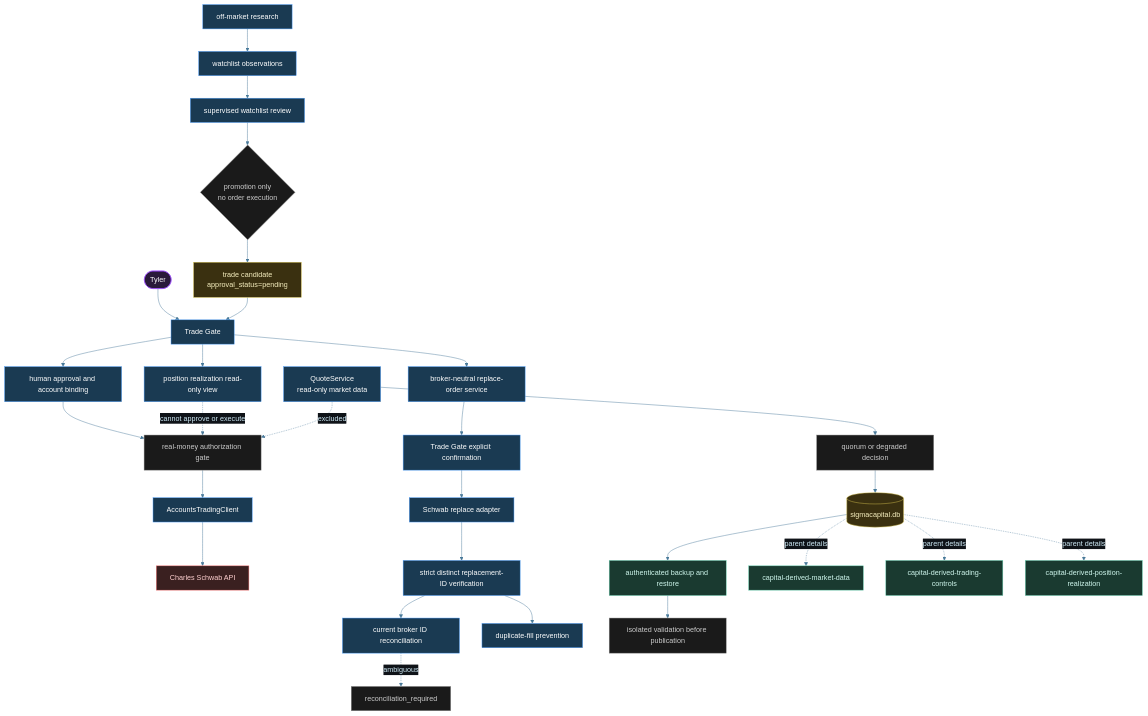
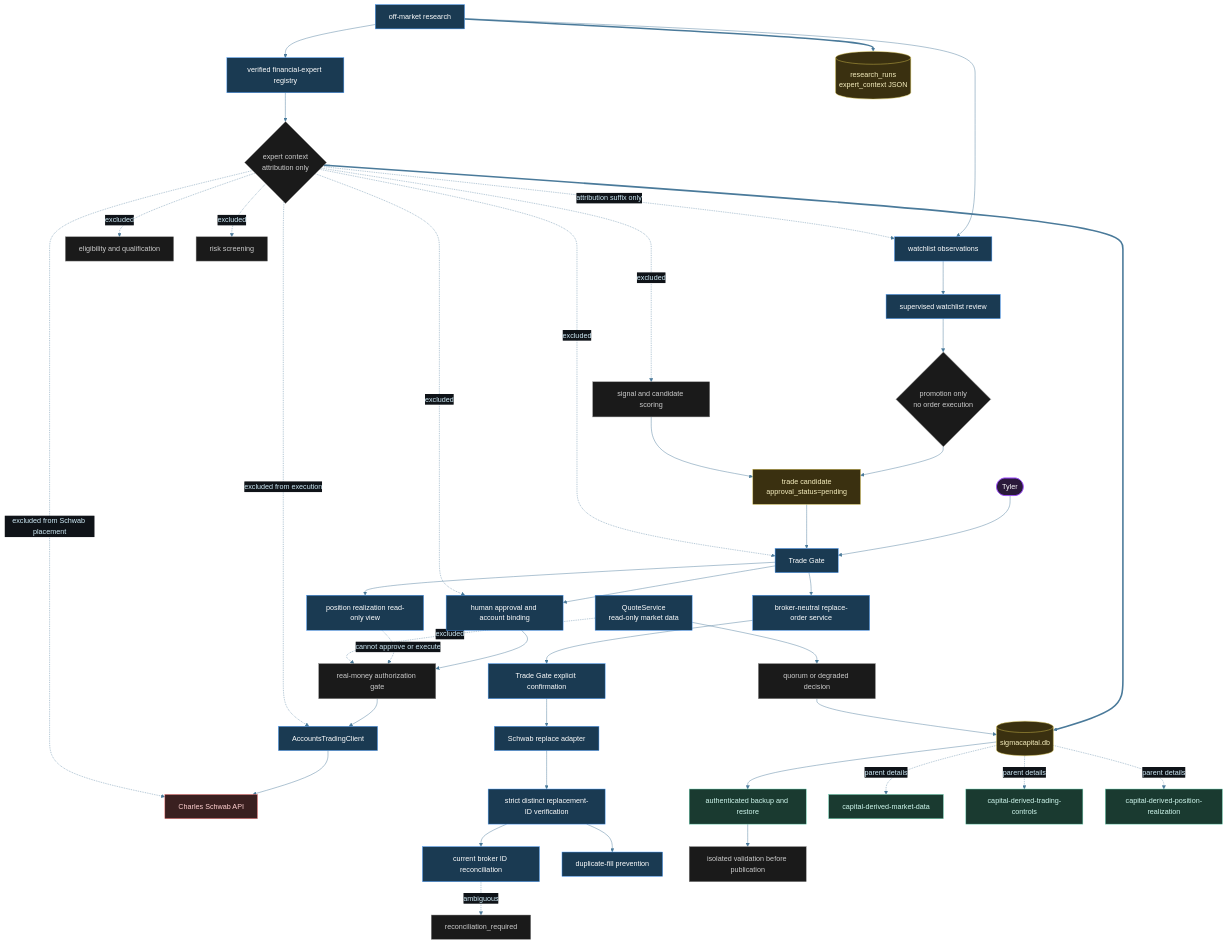
One commit to tylerdrakemusic/-Workspace changed the diagram in diagrams/capital-architecture.mmd. Above: the diagram before and after it, drawn with Mermaid. The commit also changed 2 other files, not shown here.

Commit message:
⊕ workspace: document SigmaCapital expert registry FR-20260830

```diff
--- a/diagrams/capital-architecture.mmd
+++ b/diagrams/capital-architecture.mmd
@@ -1,43 +1,58 @@
 %%{init: {'theme': 'base', 'themeVariables': {'primaryColor': '#1a2e3a', 'primaryTextColor': '#d0ecf8', 'edgeLabelBackground': '#0f1318', 'lineColor': '#4a7a9a'}}}%%
 %% is_derived_view=false
 %% Traceability.derived_views: diagrams/capital-derived-market-data.mmd, diagrams/capital-derived-trading-controls.mmd, diagrams/capital-derived-position-realization.mmd
 graph TB
     Tyler([Tyler]) --> TradeGate[Trade Gate]
     Research[off-market research] --> Watchlist[watchlist observations]
+    Research --> ExpertRegistry[verified financial-expert registry]
+    ExpertRegistry --> ExpertContext{expert context<br/>attribution only}
+    Research ==> ResearchRuns[(research_runs<br/>expert_context JSON)]
+    ExpertContext ==> CapitalDB
+    ExpertContext -.->|attribution suffix only| Watchlist
     Watchlist --> Review[supervised watchlist review]
     Review --> PromotionBoundary{promotion only<br/>no order execution}
     PromotionBoundary --> Pending[trade candidate<br/>approval_status=pending]
     Pending --> TradeGate
+    CandidateScoring[signal and candidate scoring] --> Pending
     QuoteService[QuoteService<br/>read-only market data] --> QuoteDecision[quorum or degraded decision]
     QuoteDecision --> CapitalDB[(sigmacapital.db)]
     TradeGate --> Approval[human approval and account binding]
     Approval --> RealGate[real-money authorization gate]
     RealGate --> AccountsTrading[AccountsTradingClient]
     AccountsTrading --> Schwab[Charles Schwab API]
     TradeGate --> ReplaceService[broker-neutral replace-order service]
     ReplaceService --> ReplaceConfirm[Trade Gate explicit confirmation]
     ReplaceConfirm --> SchwabReplace[Schwab replace adapter]
     SchwabReplace --> ReplacementVerify[strict distinct replacement-ID verification]
     ReplacementVerify --> BrokerIdReconcile[current broker ID reconciliation]
     BrokerIdReconcile -.->|ambiguous| ReconciliationRequired[reconciliation_required]
     ReplacementVerify --> DuplicateFillGuard[duplicate-fill prevention]
     CapitalDB --> Backup[authenticated backup and restore]
     Backup --> Restore[isolated validation before publication]
     TradeGate --> PositionView[position realization read-only view]
+    ExpertContext -.->|excluded| CandidateScoring
+    ExpertContext -.->|excluded| Eligibility[eligibility and qualification]
+    ExpertContext -.->|excluded| RiskScreen[risk screening]
+    ExpertContext -.->|excluded| Approval
+    ExpertContext -.->|excluded| TradeGate
+    ExpertContext -.->|excluded from execution| AccountsTrading
+    ExpertContext -.->|excluded from Schwab placement| Schwab
     PositionView -.->|cannot approve or execute| RealGate
     QuoteService -.->|excluded| RealGate
     CapitalDB -.->|parent details| MarketView[capital-derived-market-data]
     CapitalDB -.->|parent details| TradingView[capital-derived-trading-controls]
     CapitalDB -.->|parent details| PositionViewDetail[capital-derived-position-realization]
     class Tyler tyler
-    class QuoteService,TradeGate,Approval,AccountsTrading,PositionView,Research,Watchlist,Review,ReplaceService,ReplaceConfirm,SchwabReplace,ReplacementVerify,BrokerIdReconcile,DuplicateFillGuard orch
+    class QuoteService,TradeGate,Approval,AccountsTrading,PositionView,Research,Watchlist,Review,ReplaceService,ReplaceConfirm,SchwabReplace,ReplacementVerify,BrokerIdReconcile,DuplicateFillGuard,ExpertRegistry orch
+    class CandidateScoring,Eligibility,RiskScreen state
+    class ExpertContext state
     class QuoteDecision,RealGate,Restore,PromotionBoundary,ReconciliationRequired state
-    class CapitalDB,Pending db
+    class CapitalDB,Pending,ResearchRuns db
     class Schwab ext
     class Backup,MarketView,TradingView,PositionViewDetail ws
 classDef tyler fill:#2a1a3a,stroke:#9e4aff,color:#fff
 classDef orch fill:#1a3a52,stroke:#4a9eff,color:#fff
 classDef ws fill:#1a3a30,stroke:#6ad4b4,color:#d0f8ee
 classDef ext fill:#3a2020,stroke:#ff7a7a,color:#ffd0d0
 classDef db fill:#3a3010,stroke:#d4c050,color:#f8f0c0
 classDef state fill:#1a1a1a,stroke:#888888,color:#cccccc
```
